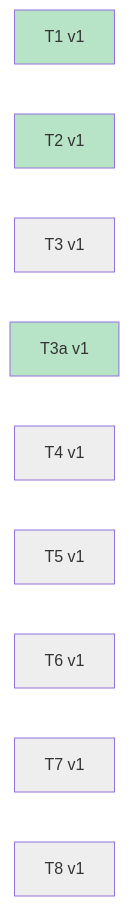
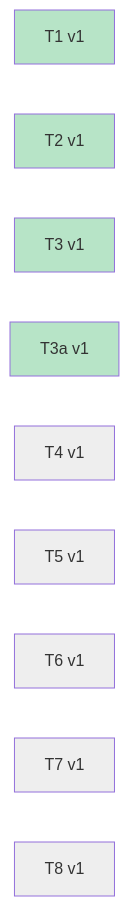
One commit to Curry09/AHE-Beta changed diagram 51 of 51 in docs/specs/OVERVIEW.md. Above: the diagram before and after it, drawn with Mermaid. The commit also changed other lines of this file and 11 other files, not shown here.

````diff
--- a/docs/specs/OVERVIEW.md
+++ b/docs/specs/OVERVIEW.md
@@ -1136,23 +1136,23 @@
 ```mermaid
 graph LR
     v_T1_1["T1 v1"]
     v_T2_1["T2 v1"]
     v_T3_1["T3 v1"]
     v_T3a_1["T3a v1"]
     v_T4_1["T4 v1"]
     v_T5_1["T5 v1"]
     v_T6_1["T6 v1"]
     v_T7_1["T7 v1"]
     v_T8_1["T8 v1"]
     classDef st_done fill:#b7e4c7;
     classDef st_pending fill:#eeeeee;
     class v_T1_1 st_done;
     class v_T2_1 st_done;
-    class v_T3_1 st_pending;
+    class v_T3_1 st_done;
     class v_T3a_1 st_done;
     class v_T4_1 st_pending;
     class v_T5_1 st_pending;
     class v_T6_1 st_pending;
     class v_T7_1 st_pending;
     class v_T8_1 st_pending;
 ```
````
